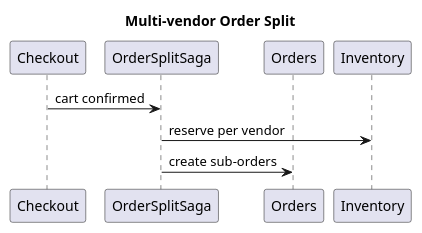
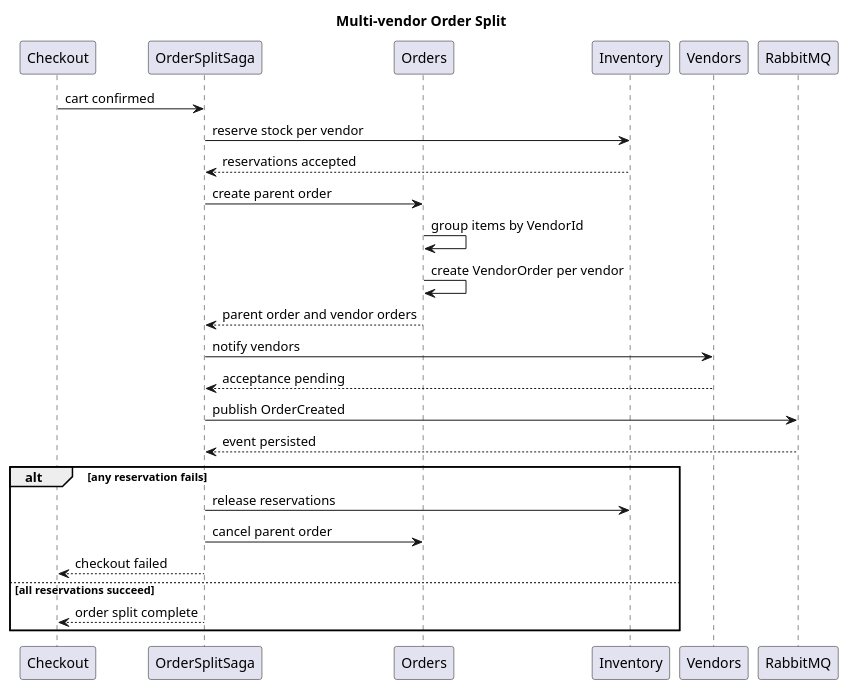
The diagram in docs/diagrams/sequence/order-split-flow.puml (mburu1/SokoHub), drawn with PlantUML before and after one commit. The commit also changed 59 other files, not shown here.

```diff
--- a/docs/diagrams/sequence/order-split-flow.puml
+++ b/docs/diagrams/sequence/order-split-flow.puml
@@ -1,10 +1,28 @@
 @startuml
 title Multi-vendor Order Split
-participant Checkout
-participant OrderSplitSaga
-participant Orders
-participant Inventory
-Checkout -> OrderSplitSaga: cart confirmed
-OrderSplitSaga -> Inventory: reserve per vendor
-OrderSplitSaga -> Orders: create sub-orders
+participant "Checkout" as Checkout
+participant "OrderSplitSaga" as Saga
+participant "Orders" as Orders
+participant "Inventory" as Inventory
+participant "Vendors" as Vendors
+participant "RabbitMQ" as Broker
+
+Checkout -> Saga: cart confirmed
+Saga -> Inventory: reserve stock per vendor
+Inventory --> Saga: reservations accepted
+Saga -> Orders: create parent order
+Orders -> Orders: group items by VendorId
+Orders -> Orders: create VendorOrder per vendor
+Orders --> Saga: parent order and vendor orders
+Saga -> Vendors: notify vendors
+Vendors --> Saga: acceptance pending
+Saga -> Broker: publish OrderCreated
+Broker --> Saga: event persisted
+alt any reservation fails
+  Saga -> Inventory: release reservations
+  Saga -> Orders: cancel parent order
+  Saga --> Checkout: checkout failed
+else all reservations succeed
+  Saga --> Checkout: order split complete
+end
 @enduml
```
